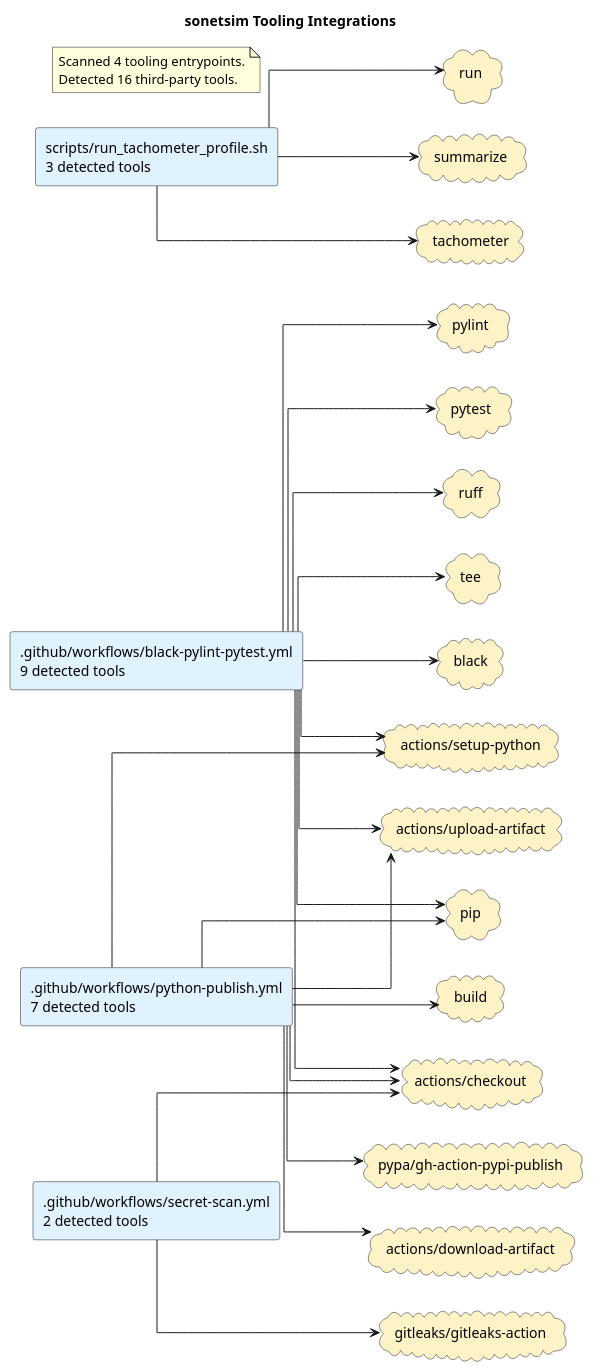
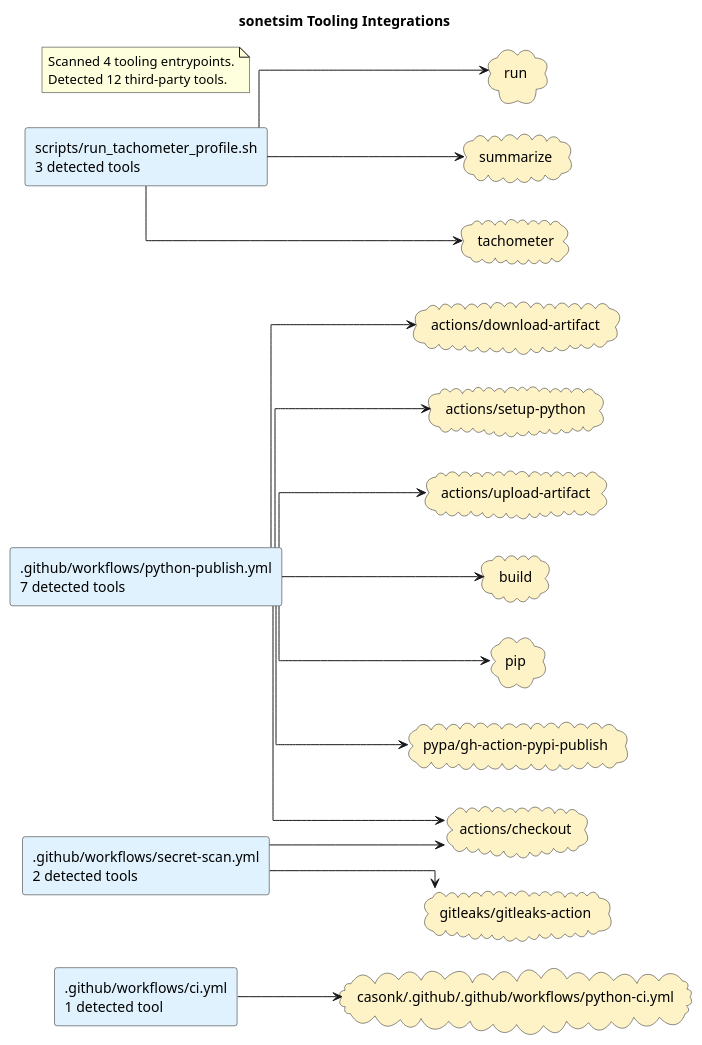
One commit to casonk/sonetsim changed the diagram in docs/diagrams/tooling-integrations.puml. Above: the diagram before and after it, drawn with PlantUML. The commit also changed 4 other files, not shown here.

First line of the commit message:
docs: publish local diagram, reference and lesson updates (#11)

```diff
--- a/docs/diagrams/tooling-integrations.puml
+++ b/docs/diagrams/tooling-integrations.puml
@@ -1,53 +1,41 @@
 @startuml
 title sonetsim Tooling Integrations
 left to right direction
 skinparam shadowing false
 skinparam defaultFontName Monospace
 skinparam componentStyle rectangle
 skinparam linetype ortho
-rectangle ".github/workflows/black-pylint-pytest.yml\n9 detected tools" as source_github_workflows_black_pylint_pytest_yml #E0F2FE
+rectangle ".github/workflows/ci.yml\n1 detected tool" as source_github_workflows_ci_yml #E0F2FE
 rectangle ".github/workflows/python-publish.yml\n7 detected tools" as source_github_workflows_python_publish_yml #E0F2FE
 rectangle ".github/workflows/secret-scan.yml\n2 detected tools" as source_github_workflows_secret_scan_yml #E0F2FE
 rectangle "scripts/run_tachometer_profile.sh\n3 detected tools" as source_scripts_run_tachometer_profile_sh #E0F2FE
 cloud "actions/checkout" as tool_actions_checkout #FEF3C7
 cloud "actions/download-artifact" as tool_actions_download_artifact #FEF3C7
 cloud "actions/setup-python" as tool_actions_setup_python #FEF3C7
 cloud "actions/upload-artifact" as tool_actions_upload_artifact #FEF3C7
-cloud "black" as tool_black #FEF3C7
 cloud "build" as tool_build #FEF3C7
+cloud "casonk/.github/.github/workflows/python-ci.yml" as tool_casonk_github_github_workflows_python_ci_yml #FEF3C7
 cloud "gitleaks/gitleaks-action" as tool_gitleaks_gitleaks_action #FEF3C7
 cloud "pip" as tool_pip #FEF3C7
-cloud "pylint" as tool_pylint #FEF3C7
 cloud "pypa/gh-action-pypi-publish" as tool_pypa_gh_action_pypi_publish #FEF3C7
-cloud "pytest" as tool_pytest #FEF3C7
-cloud "ruff" as tool_ruff #FEF3C7
 cloud "run" as tool_run #FEF3C7
 cloud "summarize" as tool_summarize #FEF3C7
 cloud "tachometer" as tool_tachometer #FEF3C7
-cloud "tee" as tool_tee #FEF3C7
-source_github_workflows_black_pylint_pytest_yml --> tool_actions_checkout
-source_github_workflows_black_pylint_pytest_yml --> tool_actions_setup_python
-source_github_workflows_black_pylint_pytest_yml --> tool_actions_upload_artifact
-source_github_workflows_black_pylint_pytest_yml --> tool_black
-source_github_workflows_black_pylint_pytest_yml --> tool_pip
-source_github_workflows_black_pylint_pytest_yml --> tool_pylint
-source_github_workflows_black_pylint_pytest_yml --> tool_pytest
-source_github_workflows_black_pylint_pytest_yml --> tool_ruff
-source_github_workflows_black_pylint_pytest_yml --> tool_tee
+source_github_workflows_ci_yml --> tool_casonk_github_github_workflows_python_ci_yml
 source_github_workflows_python_publish_yml --> tool_actions_checkout
 source_github_workflows_python_publish_yml --> tool_actions_download_artifact
 source_github_workflows_python_publish_yml --> tool_actions_setup_python
 source_github_workflows_python_publish_yml --> tool_actions_upload_artifact
 source_github_workflows_python_publish_yml --> tool_build
 source_github_workflows_python_publish_yml --> tool_pip
 source_github_workflows_python_publish_yml --> tool_pypa_gh_action_pypi_publish
 source_github_workflows_secret_scan_yml --> tool_actions_checkout
 source_github_workflows_secret_scan_yml --> tool_gitleaks_gitleaks_action
 source_scripts_run_tachometer_profile_sh --> tool_run
 source_scripts_run_tachometer_profile_sh --> tool_summarize
 source_scripts_run_tachometer_profile_sh --> tool_tachometer
 note as toolingGraphSummary
 Scanned 4 tooling entrypoints.
-Detected 16 third-party tools.
+Detected 12 third-party tools.
 end note
 @enduml
```
